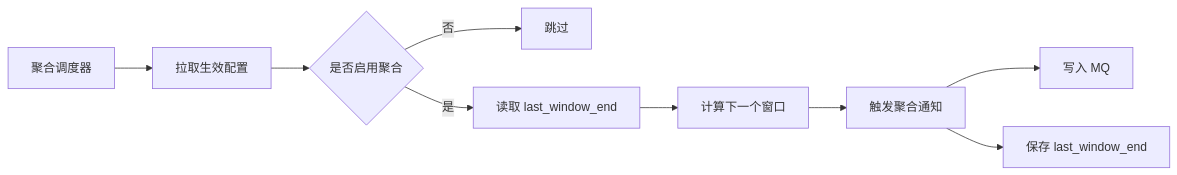
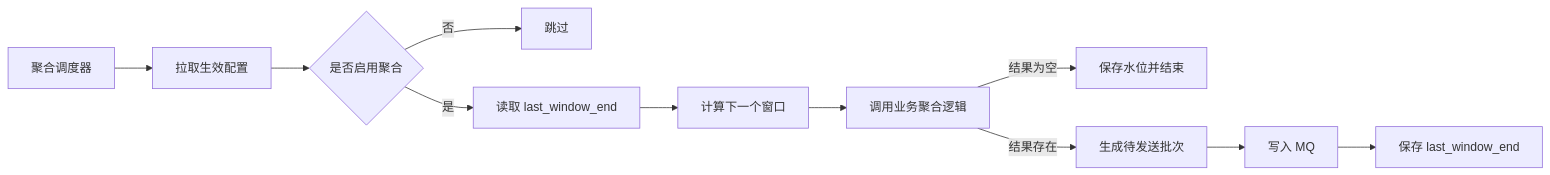
One commit to zongqir/work changed the second of 3 diagrams in AES通知执行层总体评审方案.md. Above: the diagram before and after it, drawn with Mermaid. The commit also changed other lines of this file and 1 other file, not shown here.

````diff
--- a/AES通知执行层总体评审方案.md
+++ b/AES通知执行层总体评审方案.md
@@ -150,11 +147,13 @@
 ```mermaid
 flowchart LR
     A[聚合调度器] --> B[拉取生效配置]
     B --> C{是否启用聚合}
     C -->|否| D[跳过]
     C -->|是| E[读取 last_window_end]
     E --> F[计算下一个窗口]
-    F --> G[触发聚合通知]
-    G --> H[写入 MQ]
-    G --> I[保存 last_window_end]
+    F --> G[调用业务聚合逻辑]
+    G -->|结果为空| H[保存水位并结束]
+    G -->|结果存在| I[生成待发送批次]
+    I --> J[写入 MQ]
+    J --> K[保存 last_window_end]
 ```
````
